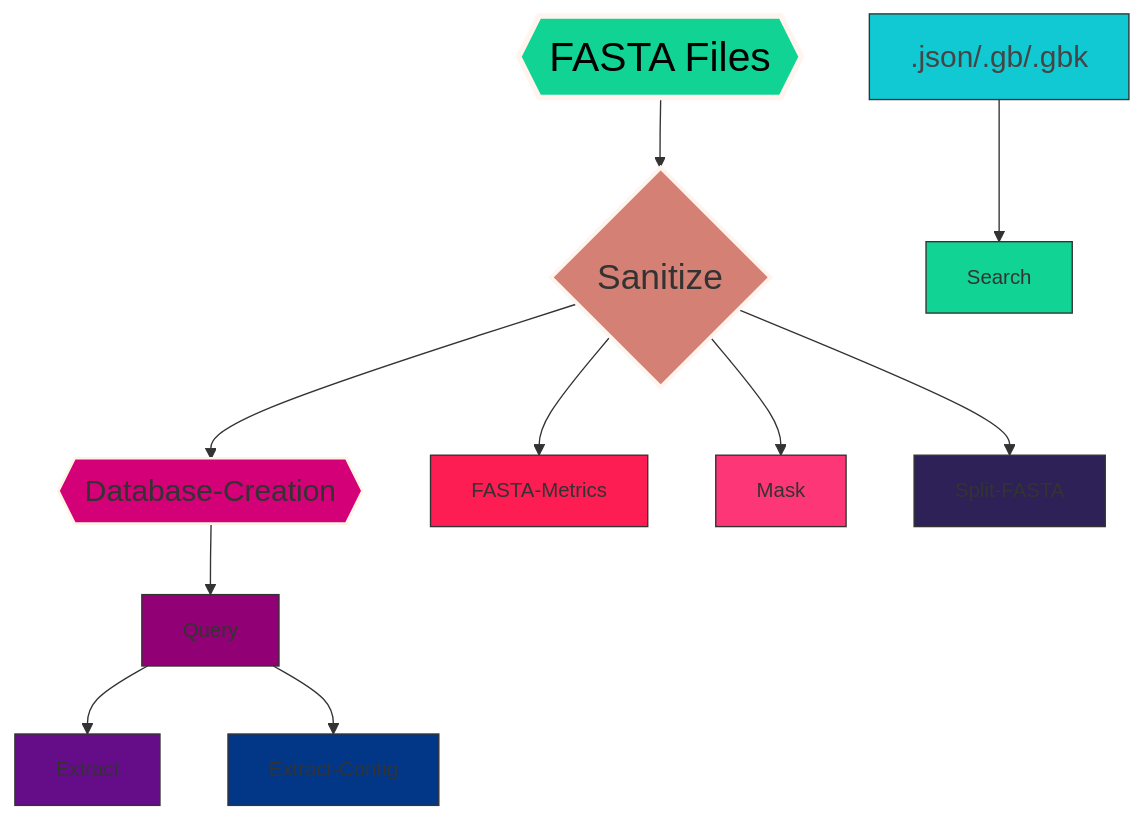
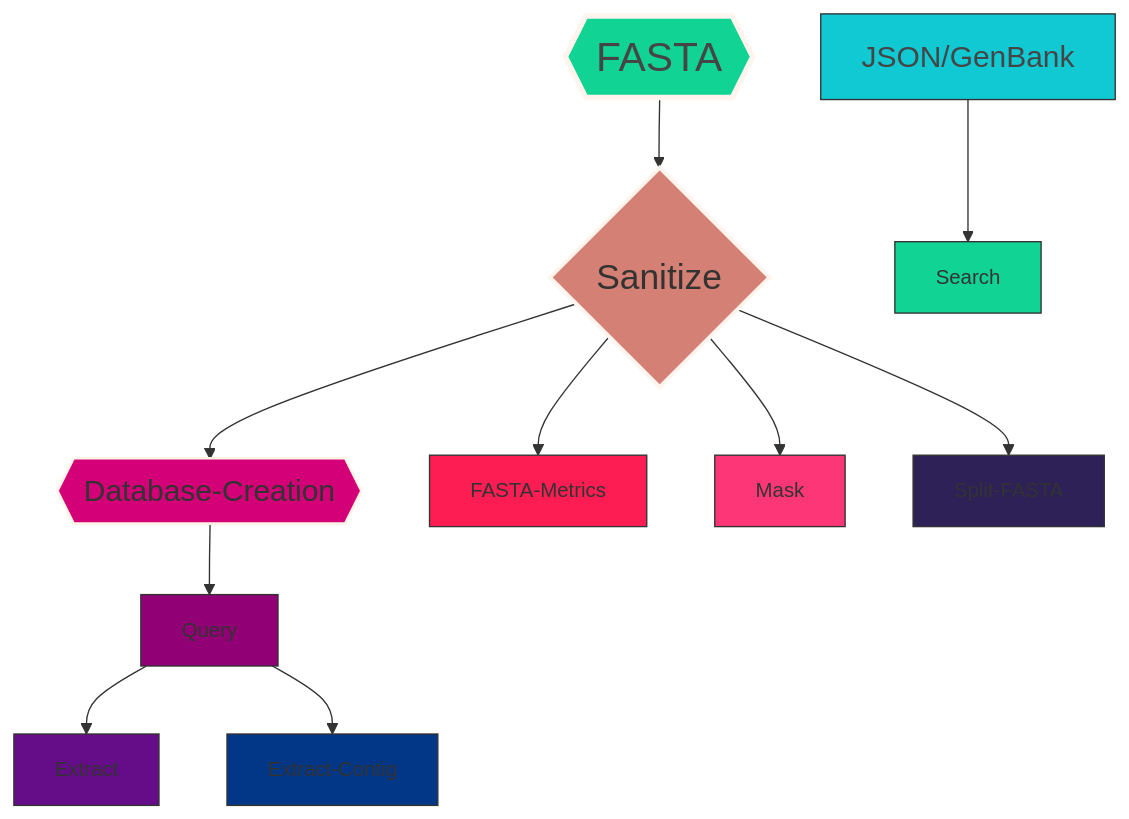
Before and after one commit to ERBringHorvath/SeqForge: the diagram in README.md, drawn with Mermaid.

````diff
--- a/README.md
+++ b/README.md
@@ -80,25 +80,25 @@
 ```mermaid
 graph TD;
-    Z{{FASTA Files}}-->A{Sanitize};
+    Z{{FASTA}}-->A{Sanitize};
     A{Sanitize}-->B{{Database-Creation}};
     B{{Database-Creation}}-->C[Query];
     C[Query]-->D[Extract];
     C[Query]-->E[Extract-Contig];
     A{Sanitize}-->F[FASTA-Metrics];
     A{Sanitize}-->G[Mask];
     A{Sanitize}-->H[Split-FASTA];
-    I[.json/.gb/.gbk]-->J[Search];
+    I[JSON/GenBank]-->J[Search];
 
     %% Custom style for Sanitize node
-    style Z fill:#11d393,stroke:#fff5ee,stroke-width:4,font-size:30,color:#000000
+    style Z fill:#11d393,stroke:#fff5ee,stroke-width:4,font-size:30,color:#454545
     style A fill:#d48074,stroke:#fff5ee,stroke-width:3,font-size:26px
     style B fill:#d40078,stroke:#FCF5E5,stroke-width:2,font-size:22px
     style C fill:#920075,stroke:#333,stroke-width:1,font-size:15px
     style D fill:#650D89,stroke:#333,stroke-width:1,font-size:15px
     style E fill:#023788,stroke:#333,stroke-width:1,font-size:15px
     style F fill:#fd1d53,stroke:#333,stroke-width:1,font-size:15px
     style G fill:#fd3777,stroke:#333,stroke-width:1,font-size:15px
     style H fill:#2e2157,stroke:#333,stroke-width:1,font-size:15px
     style I fill:#11c9d3,stroke:#333,stroke-width:1,font-size:22px,color:#454545
     style J fill:#11d393,stroke:#333,stroke-width:1,font-size:15px
 ```
````
